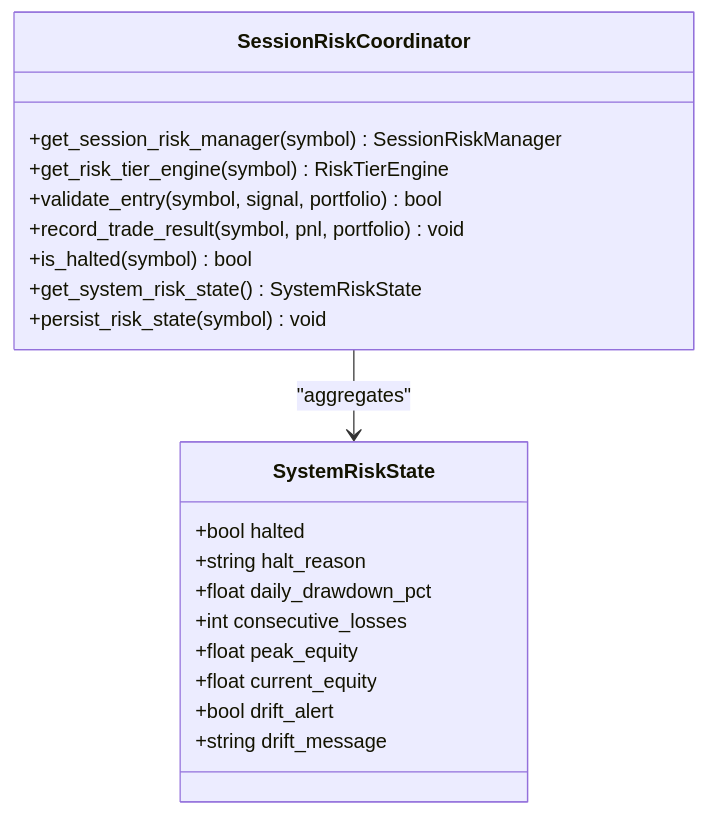
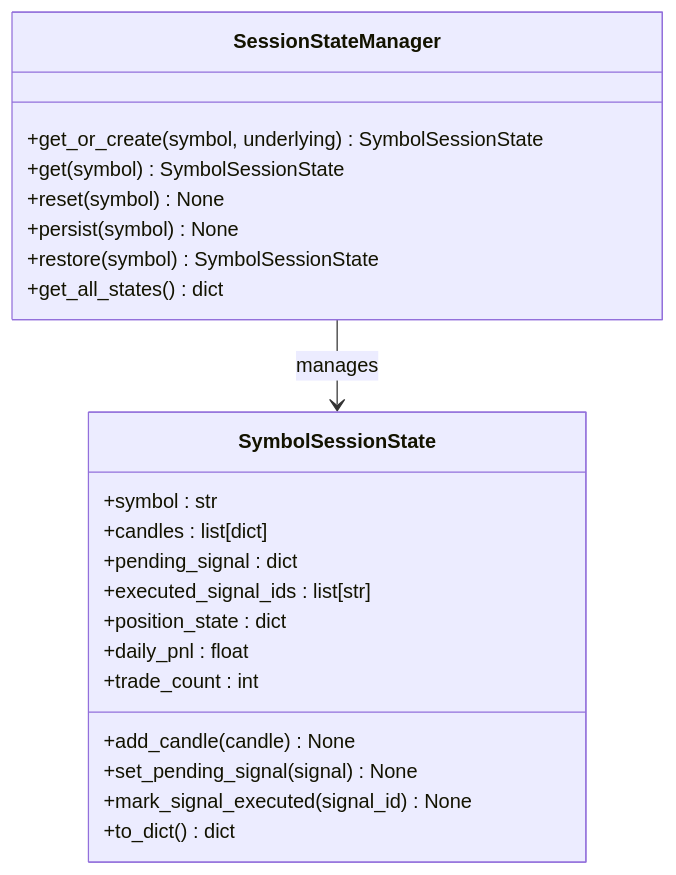
Before and after one commit to gemrajkhatry-maker/v5-of-glassytrade-ai: the fourth of 7 diagrams in .qoder/repowiki/en/content/Backend Application/Core Services/Core Services.md, drawn with Mermaid. The commit also changed other lines of this file and 930 other files, not shown here.

````diff
--- a/.qoder/repowiki/en/content/Backend Application/Core Services/Core Services.md
+++ b/.qoder/repowiki/en/content/Backend Application/Core Services/Core Services.md
@@ -278,23 +226,25 @@
 ```mermaid
 classDiagram
-class SessionRiskCoordinator {
-+get_session_risk_manager(symbol) SessionRiskManager
-+get_risk_tier_engine(symbol) RiskTierEngine
-+validate_entry(symbol, signal, portfolio) bool
-+record_trade_result(symbol, pnl, portfolio) void
-+is_halted(symbol) bool
-+get_system_risk_state() SystemRiskState
-+persist_risk_state(symbol) void
+class SessionStateManager {
++get_or_create(symbol, underlying) SymbolSessionState
++get(symbol) SymbolSessionState
++reset(symbol) None
++persist(symbol) None
++restore(symbol) SymbolSessionState
++get_all_states() dict
 }
-class SystemRiskState {
-+bool halted
-+string halt_reason
-+float daily_drawdown_pct
-+int consecutive_losses
-+float peak_equity
-+float current_equity
-+bool drift_alert
-+string drift_message
+class SymbolSessionState {
++symbol : str
++candles : list[dict]
++pending_signal : dict
++executed_signal_ids : list[str]
++position_state : dict
++daily_pnl : float
++trade_count : int
++add_candle(candle) None
++set_pending_signal(signal) None
++mark_signal_executed(signal_id) None
++to_dict() dict
 }
-SessionRiskCoordinator --> SystemRiskState : "aggregates"
+SessionStateManager --> SymbolSessionState : manages
 ```
````
